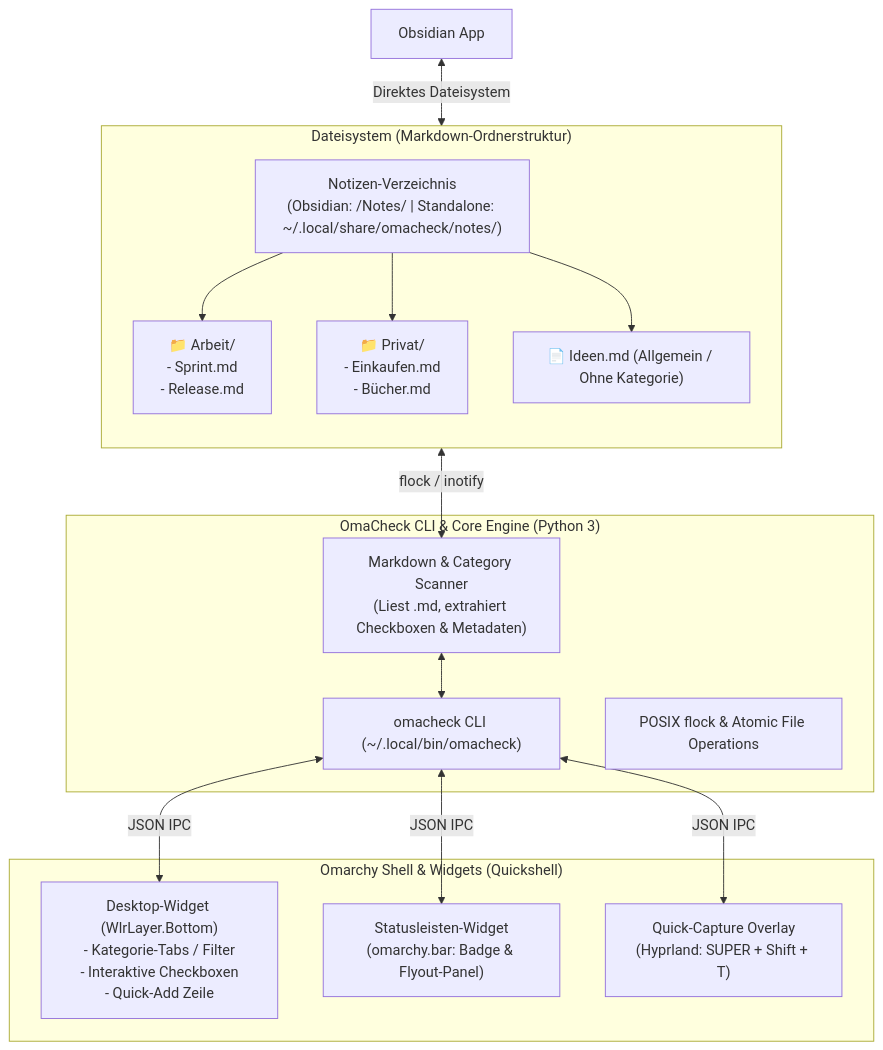
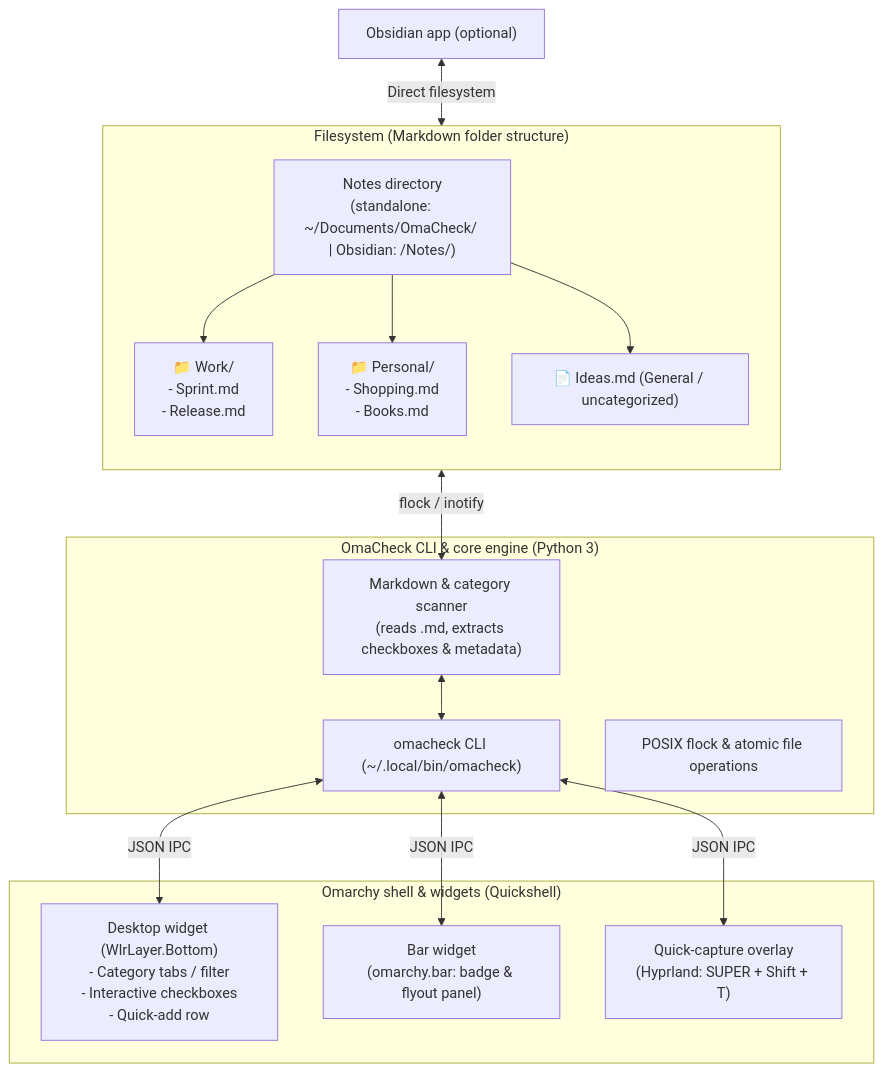
One commit to goarstne/omacheck changed the diagram in SPEC.md. Above: the diagram before and after it, drawn with Mermaid. The commit also changed other lines of this file and 16 other files, not shown here.

First line of the commit message:
i18n, in-process app panel, and task-ID collision fix

````diff
--- a/SPEC.md
+++ b/SPEC.md
@@ -36,32 +38,32 @@
 ```mermaid
 flowchart TD
-    subgraph Storage ["Dateisystem (Markdown-Ordnerstruktur)"]
+    subgraph Storage ["Filesystem (Markdown folder structure)"]
         direction TB
-        ROOT["Notizen-Verzeichnis\n(Obsidian: <Vault>/Notes/ | Standalone: ~/.local/share/omacheck/notes/)"]
-        CAT1["📁 Arbeit/\n- Sprint.md\n- Release.md"]
-        CAT2["📁 Privat/\n- Einkaufen.md\n- Bücher.md"]
-        CAT_DEFAULT["📄 Ideen.md (Allgemein / Ohne Kategorie)"]
+        ROOT["Notes directory\n(standalone: ~/Documents/OmaCheck/ | Obsidian: <Vault>/Notes/)"]
+        CAT1["📁 Work/\n- Sprint.md\n- Release.md"]
+        CAT2["📁 Personal/\n- Shopping.md\n- Books.md"]
+        CAT_DEFAULT["📄 Ideas.md (General / uncategorized)"]
         ROOT --> CAT1
         ROOT --> CAT2
         ROOT --> CAT_DEFAULT
     end
 
-    subgraph Core ["OmaCheck CLI & Core Engine (Python 3)"]
+    subgraph Core ["OmaCheck CLI & core engine (Python 3)"]
         CLI["omacheck CLI (~/.local/bin/omacheck)"]
-        SCANNER["Markdown & Category Scanner\n(Liest .md, extrahiert Checkboxen & Metadaten)"]
-        LOCK["POSIX flock & Atomic File Operations"]
+        SCANNER["Markdown & category scanner\n(reads .md, extracts checkboxes & metadata)"]
+        LOCK["POSIX flock & atomic file operations"]
     end
 
-    subgraph UI ["Omarchy Shell & Widgets (Quickshell)"]
-        DESK["Desktop-Widget (WlrLayer.Bottom)\n- Kategorie-Tabs / Filter\n- Interaktive Checkboxen\n- Quick-Add Zeile"]
-        BAR["Statusleisten-Widget\n(omarchy.bar: Badge & Flyout-Panel)"]
-        CAPTURE["Quick-Capture Overlay\n(Hyprland: SUPER + Shift + T)"]
+    subgraph UI ["Omarchy shell & widgets (Quickshell)"]
+        DESK["Desktop widget (WlrLayer.Bottom)\n- Category tabs / filter\n- Interactive checkboxes\n- Quick-add row"]
+        BAR["Bar widget\n(omarchy.bar: badge & flyout panel)"]
+        CAPTURE["Quick-capture overlay\n(Hyprland: SUPER + Shift + T)"]
     end
 
     ROOT <-->|flock / inotify| SCANNER
     SCANNER <--> CLI
     CLI <-->|JSON IPC| DESK
     CLI <-->|JSON IPC| BAR
     CLI <-->|JSON IPC| CAPTURE
-    OBSIDIAN["Obsidian App"] <-->|Direktes Dateisystem| ROOT
+    OBSIDIAN["Obsidian app (optional)"] <-->|Direct filesystem| ROOT
 ```
````
